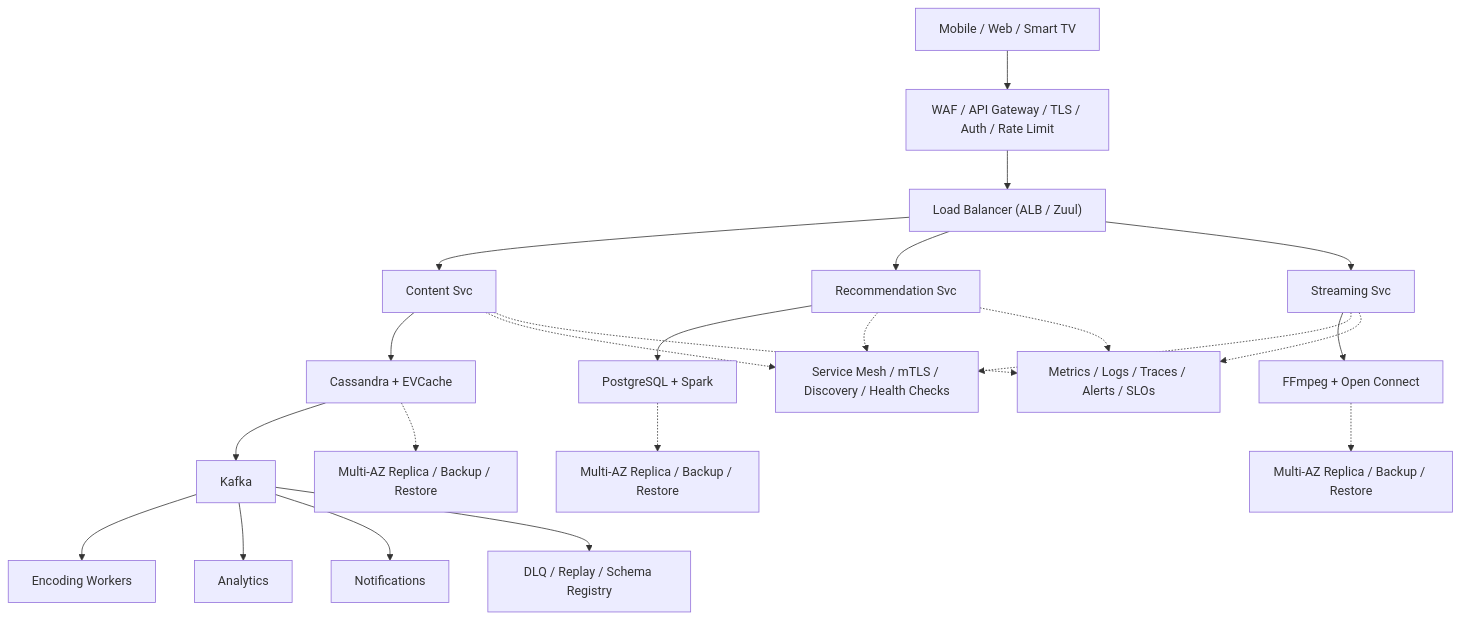
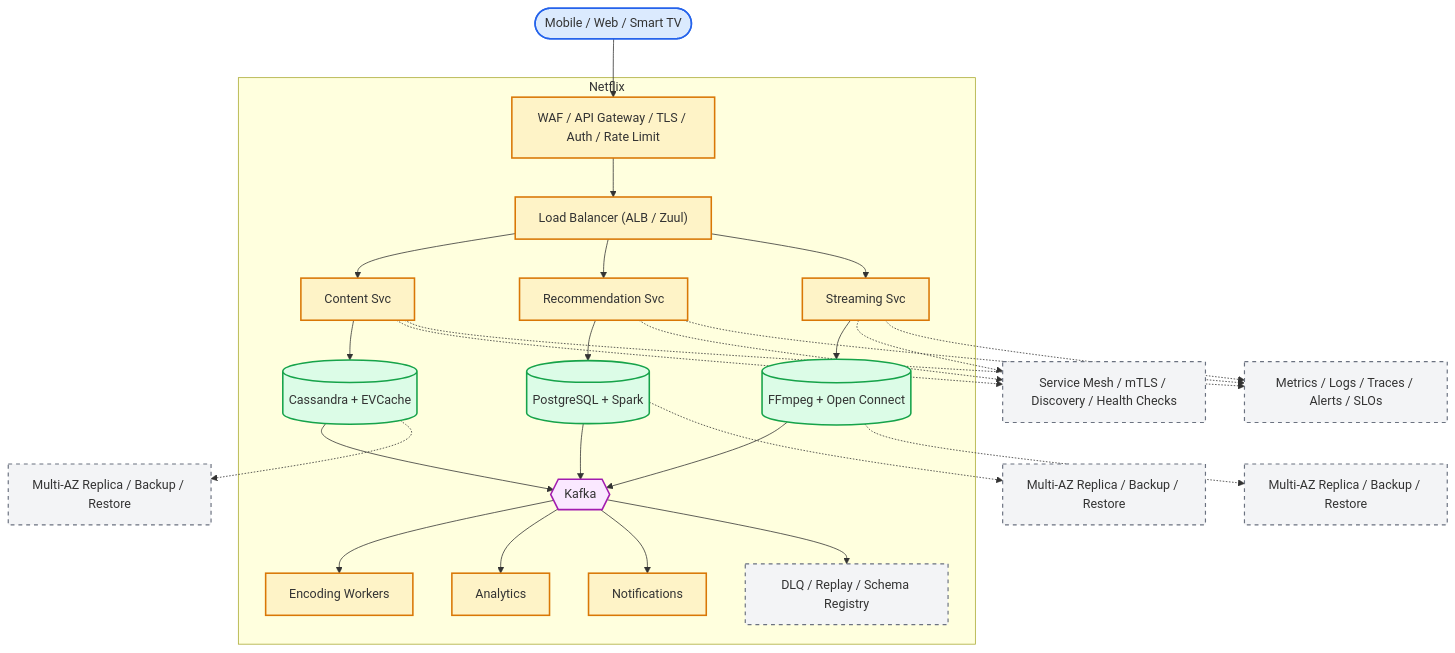
Before and after one commit to aishwary11/system-design: the diagram in system-design-netflix.md, drawn with Mermaid. The commit also changed other lines of this file and 36 other files, not shown here.

First line of the commit message:
Standardize all diagrams on C4-style Mermaid template

````diff
--- a/system-design-netflix.md
+++ b/system-design-netflix.md
@@ -45,25 +45,65 @@
 ```mermaid
 flowchart TB
-    clients["Mobile / Web / Smart TV"] --> edge["WAF / API Gateway / TLS / Auth / Rate Limit"]
-    edge --> lb["Load Balancer (ALB / Zuul)"]
-    lb --> svc0["Content Svc"]
-    lb --> svc1["Recommendation Svc"]
-    lb --> svc2["Streaming Svc"]
-    svc0 --> store0["Cassandra + EVCache"]
-    svc1 --> store1["PostgreSQL + Spark"]
-    svc2 --> store2["FFmpeg + Open Connect"]
-    store0 --> stream["Kafka"]
-    stream --> worker0["Encoding Workers"]
-    stream --> worker1["Analytics"]
-    stream --> worker2["Notifications"]
-    svc0 -.-> platform["Service Mesh / mTLS / Discovery / Health Checks"]
-    svc1 -.-> platform
-    svc2 -.-> platform
-    store0 -.-> backup0["Multi-AZ Replica / Backup / Restore"]
-    store1 -.-> backup1["Multi-AZ Replica / Backup / Restore"]
-    store2 -.-> backup2["Multi-AZ Replica / Backup / Restore"]
-    stream --> dlq["DLQ / Replay / Schema Registry"]
-    svc0 -.-> ops["Metrics / Logs / Traces / Alerts / SLOs"]
+    %% Actors (people)
+    clients(["Mobile / Web / Smart TV"])
+
+    %% System boundary - containers owned by the platform
+    subgraph platform["Netflix"]
+        edge["WAF / API Gateway / TLS / Auth / Rate Limit"]
+        lb["Load Balancer (ALB / Zuul)"]
+        svc0["Content Svc"]
+        svc1["Recommendation Svc"]
+        svc2["Streaming Svc"]
+        store0[("Cassandra + EVCache")]
+        store1[("PostgreSQL + Spark")]
+        store2[("FFmpeg + Open Connect")]
+        stream{{"Kafka"}}
+        worker0["Encoding Workers"]
+        worker1["Analytics"]
+        worker2["Notifications"]
+        dlq["DLQ / Replay / Schema Registry"]
+    end
+
+    %% Cross-cutting control plane (dashed edges)
+    mesh["Service Mesh / mTLS / Discovery / Health Checks"]
+    ops["Metrics / Logs / Traces / Alerts / SLOs"]
+    backup0["Multi-AZ Replica / Backup / Restore"]
+    backup1["Multi-AZ Replica / Backup / Restore"]
+    backup2["Multi-AZ Replica / Backup / Restore"]
+
+    clients --> edge
+    edge --> lb
+    lb --> svc0
+    lb --> svc1
+    lb --> svc2
+    svc0 --> store0
+    svc1 --> store1
+    svc2 --> store2
+    store0 --> stream
+    store1 --> stream
+    store2 --> stream
+    stream --> worker0
+    stream --> worker1
+    stream --> worker2
+    stream --> dlq
+    svc0 -.-> mesh
+    svc1 -.-> mesh
+    svc2 -.-> mesh
+    svc0 -.-> ops
     svc1 -.-> ops
     svc2 -.-> ops
+    store0 -.-> backup0
+    store1 -.-> backup1
+    store2 -.-> backup2
+
+    classDef actor fill:#dbeafe,stroke:#2563eb,stroke-width:2px
+    classDef service fill:#fef3c7,stroke:#d97706,stroke-width:2px
+    classDef store fill:#dcfce7,stroke:#16a34a,stroke-width:2px
+    classDef broker fill:#fae8ff,stroke:#a21caf,stroke-width:2px
+    classDef control fill:#f3f4f6,stroke:#6b7280,stroke-width:1.5px,stroke-dasharray:5 5
+    class clients actor
+    class edge,lb,svc0,svc1,svc2,worker0,worker1,worker2 service
+    class store0,store1,store2 store
+    class stream broker
+    class dlq,mesh,ops,backup0,backup1,backup2 control
 ```
````
